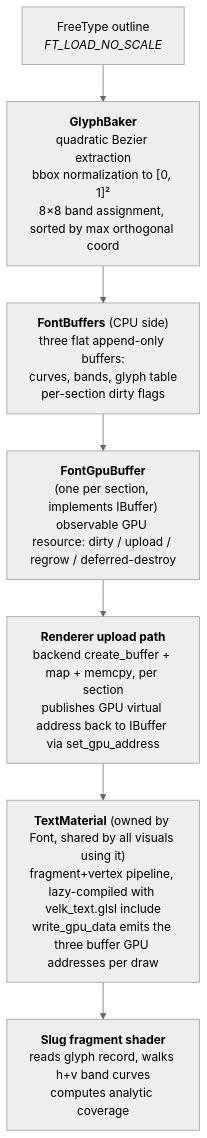
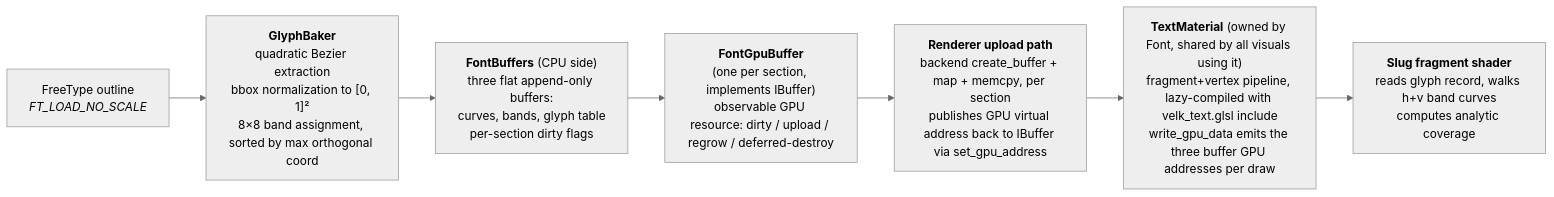
One commit to ljaaskela/velk-ui changed the diagram in docs/plugins/text.md. Above: the diagram before and after it, drawn with Mermaid (neutral theme). The commit also changed other lines of this file and 19 other files, not shown here.

````diff
--- a/docs/plugins/text.md
+++ b/docs/plugins/text.md
@@ -88,12 +105,12 @@
 ```mermaid
-flowchart TD
+flowchart LR
     A["FreeType outline<br/><i>FT_LOAD_NO_SCALE</i>"]
     B["<b>GlyphBaker</b><br/>quadratic Bezier extraction<br>bbox normalization to [0, 1]²<br>8×8 band assignment, sorted by max orthogonal coord"]
     C["<b>FontBuffers</b> (CPU side)<br/>three flat append-only buffers:<br>curves, bands, glyph table<br>per-section dirty flags"]
     D["<b>FontGpuBuffer</b><br>(one per section, implements IBuffer)<br/>observable GPU resource: dirty / upload / regrow / deferred-destroy"]
     E["<b>Renderer upload path</b><br/>backend create_buffer + map + memcpy, per section<br/>publishes GPU virtual address back to IBuffer via set_gpu_address"]
     F["<b>TextMaterial</b> (owned by Font, shared by all visuals using it)<br/>fragment+vertex pipeline, lazy-compiled with velk_text.glsl include<br/>write_gpu_data emits the three buffer GPU addresses per draw"]
     G["<b>Slug fragment shader</b><br/>reads glyph record, walks h+v band curves<br/>computes analytic coverage"]
 
     A --> B --> C --> D --> E --> F --> G
 ```
````
